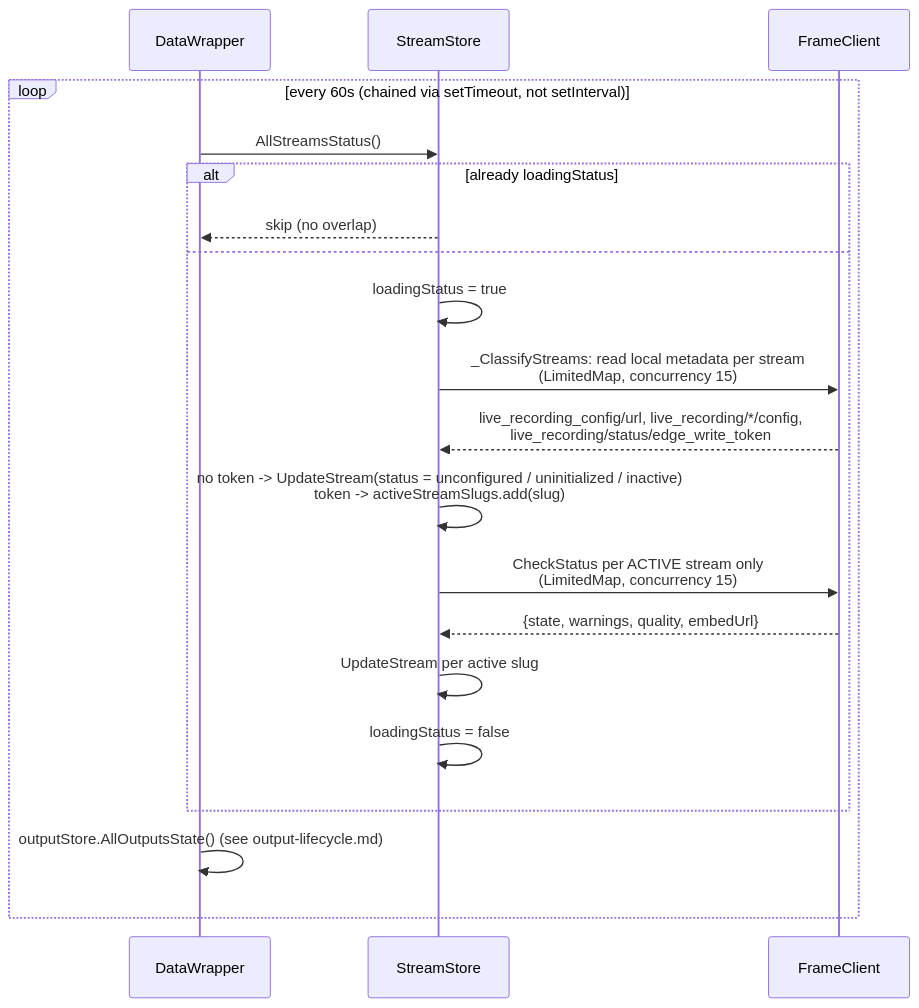
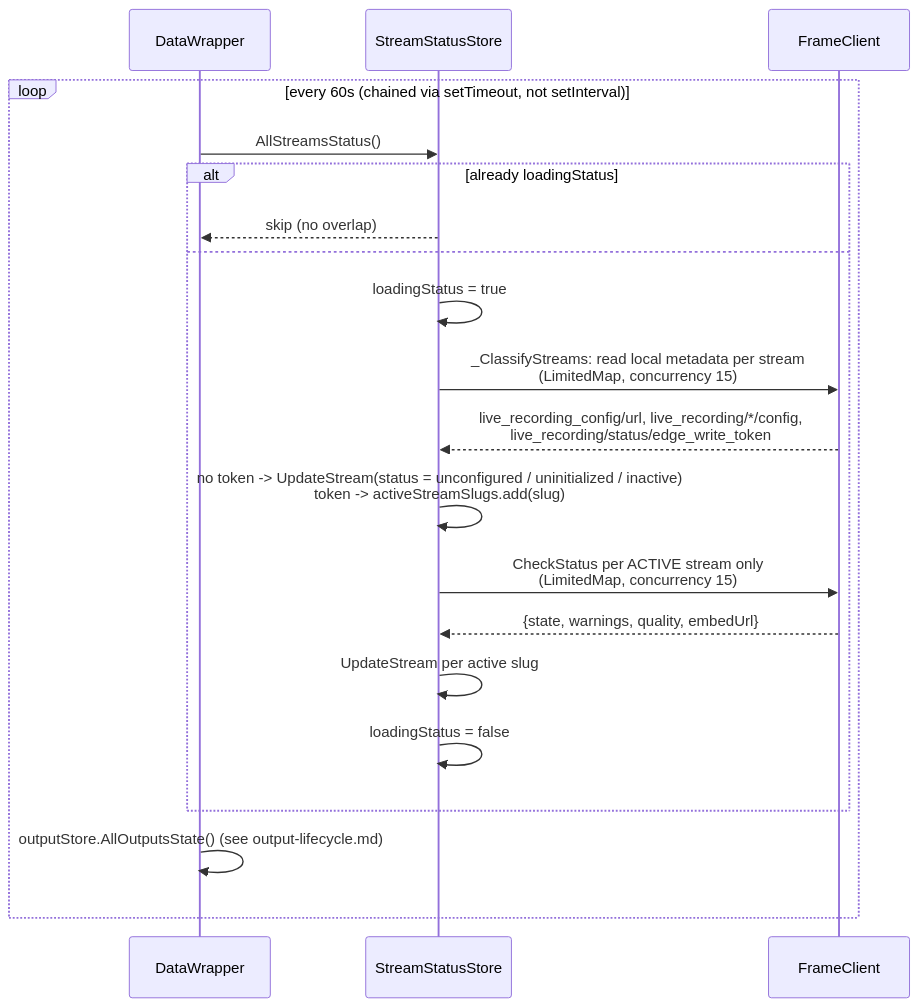
Before and after one commit to eluv-io/elv-live-stream: the fourth of 4 diagrams in docs/diagrams/stream-lifecycle.md, drawn with Mermaid. The commit also changed other lines of this file and 48 other files, not shown here.

Commit message:
Give stream list single owner ; split StreamStore into StreamStatusStore and StreamDetailStore

````diff
--- a/docs/diagrams/stream-lifecycle.md
+++ b/docs/diagrams/stream-lifecycle.md
@@ -85,23 +88,23 @@
 ```mermaid
 sequenceDiagram
     participant DataWrapper
-    participant StreamStore
+    participant StreamStatusStore
     participant FrameClient
 
     loop every 60s (chained via setTimeout, not setInterval)
-        DataWrapper->>StreamStore: AllStreamsStatus()
+        DataWrapper->>StreamStatusStore: AllStreamsStatus()
         alt already loadingStatus
-            StreamStore-->>DataWrapper: skip (no overlap)
+            StreamStatusStore-->>DataWrapper: skip (no overlap)
         else
-            StreamStore->>StreamStore: loadingStatus = true
-            StreamStore->>FrameClient: _ClassifyStreams: read local metadata per stream<br/>(LimitedMap, concurrency 15)
-            FrameClient-->>StreamStore: live_recording_config/url, live_recording/*/config,<br/>live_recording/status/edge_write_token
-            StreamStore->>StreamStore: no token -> UpdateStream(status = unconfigured / uninitialized / inactive)<br/>token -> activeStreamSlugs.add(slug)
-            StreamStore->>FrameClient: CheckStatus per ACTIVE stream only<br/>(LimitedMap, concurrency 15)
-            FrameClient-->>StreamStore: {state, warnings, quality, embedUrl}
-            StreamStore->>StreamStore: UpdateStream per active slug
-            StreamStore->>StreamStore: loadingStatus = false
+            StreamStatusStore->>StreamStatusStore: loadingStatus = true
+            StreamStatusStore->>FrameClient: _ClassifyStreams: read local metadata per stream<br/>(LimitedMap, concurrency 15)
+            FrameClient-->>StreamStatusStore: live_recording_config/url, live_recording/*/config,<br/>live_recording/status/edge_write_token
+            StreamStatusStore->>StreamStatusStore: no token -> UpdateStream(status = unconfigured / uninitialized / inactive)<br/>token -> activeStreamSlugs.add(slug)
+            StreamStatusStore->>FrameClient: CheckStatus per ACTIVE stream only<br/>(LimitedMap, concurrency 15)
+            FrameClient-->>StreamStatusStore: {state, warnings, quality, embedUrl}
+            StreamStatusStore->>StreamStatusStore: UpdateStream per active slug
+            StreamStatusStore->>StreamStatusStore: loadingStatus = false
         end
         DataWrapper->>DataWrapper: outputStore.AllOutputsState() (see output-lifecycle.md)
     end
 ```
````
